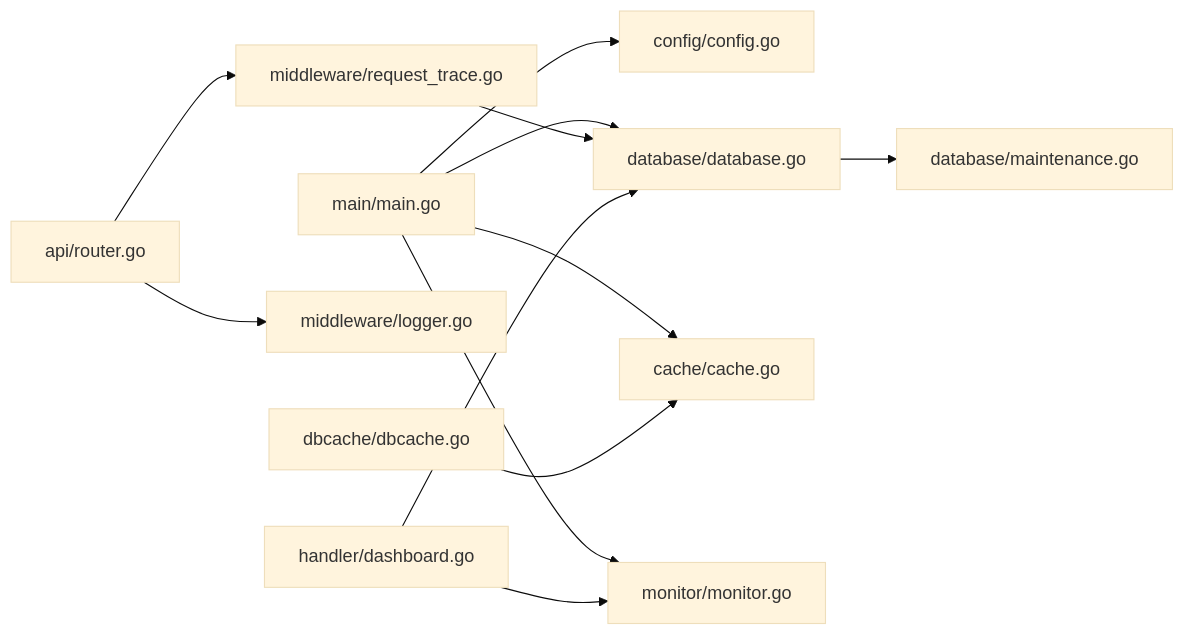
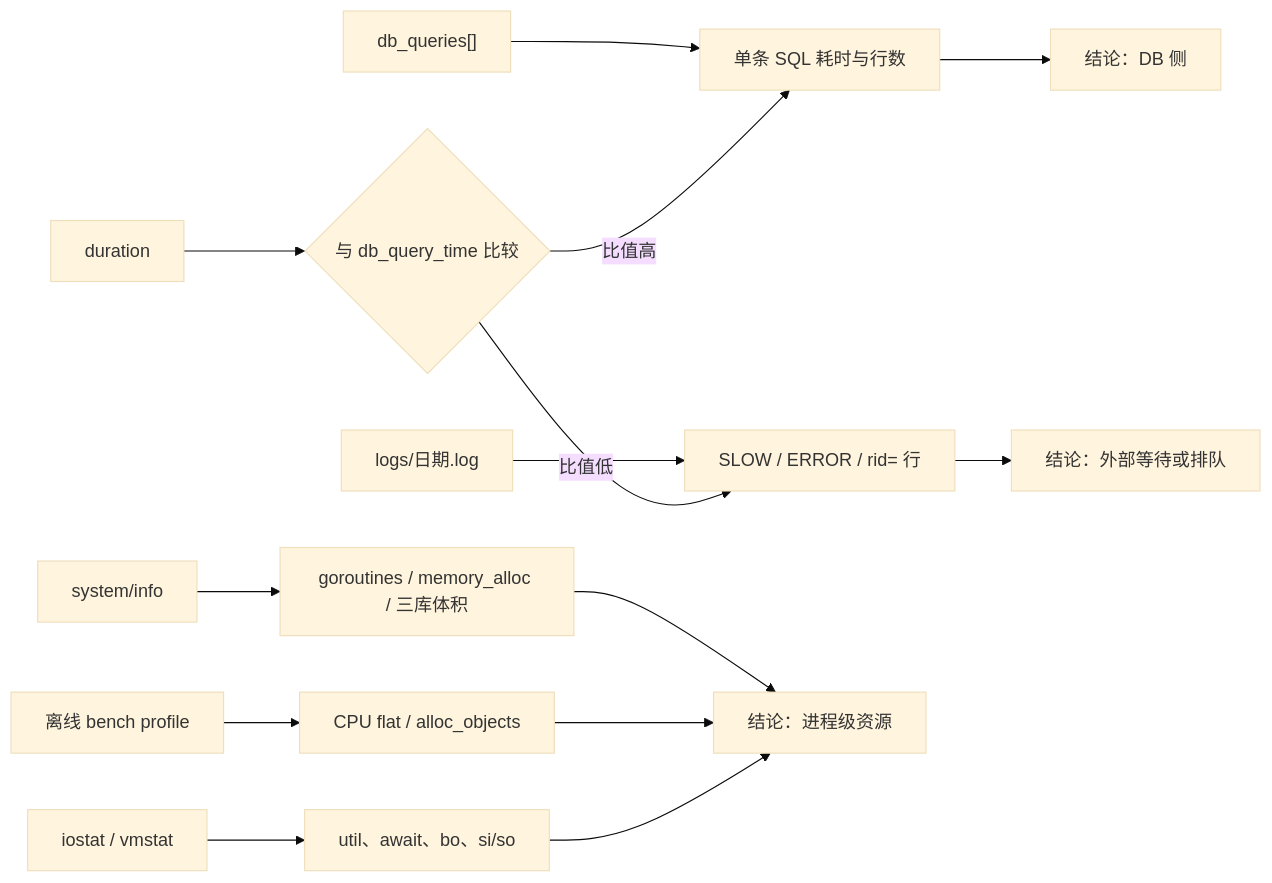
The third of 3 diagrams in docs/故障排除/性能诊断.md (x01n/dnsplane), drawn with Mermaid (base theme) before and after one commit. The commit also changed other lines of this file and 326 other files, not shown here.

````diff
--- a/docs/故障排除/性能诊断.md
+++ b/docs/故障排除/性能诊断.md
@@ -297,14 +204,16 @@
 ```mermaid
 graph LR
-MAIN["main/main.go"] --> CFG["config/config.go"]
-MAIN --> DB["database/database.go"]
-MAIN --> C["cache/cache.go"]
-MAIN --> MON["monitor/monitor.go"]
-R["api/router.go"] --> MW_RT["middleware/request_trace.go"]
-R --> MW_LG["middleware/logger.go"]
-MW_RT --> DB
-DB --> MAINT["database/maintenance.go"]
-DC["dbcache/dbcache.go"] --> C
-DASH["handler/dashboard.go"] --> DB
-DASH --> MON
+  A["duration"] --> A1{"与 db_query_time 比较"}
+  B["db_queries[]"] --> B1["单条 SQL 耗时与行数"]
+  C["logs/日期.log"] --> C1["SLOW / ERROR / rid= 行"]
+  D["system/info"] --> D1["goroutines / memory_alloc / 三库体积"]
+  E["离线 bench profile"] --> E1["CPU flat / alloc_objects"]
+  F["iostat / vmstat"] --> F1["util、await、bo、si/so"]
+  A1 -- "比值高" --> B1
+  A1 -- "比值低" --> C1
+  B1 --> G["结论：DB 侧"]
+  C1 --> H["结论：外部等待或排队"]
+  D1 --> I["结论：进程级资源"]
+  E1 --> I
+  F1 --> I
 ```
````
